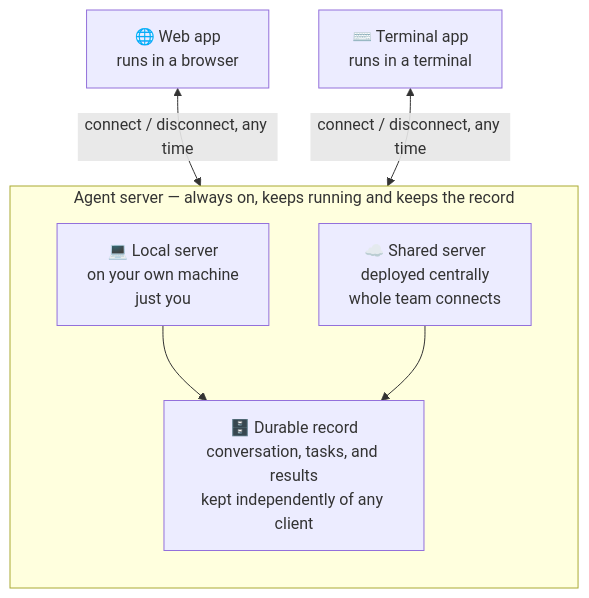
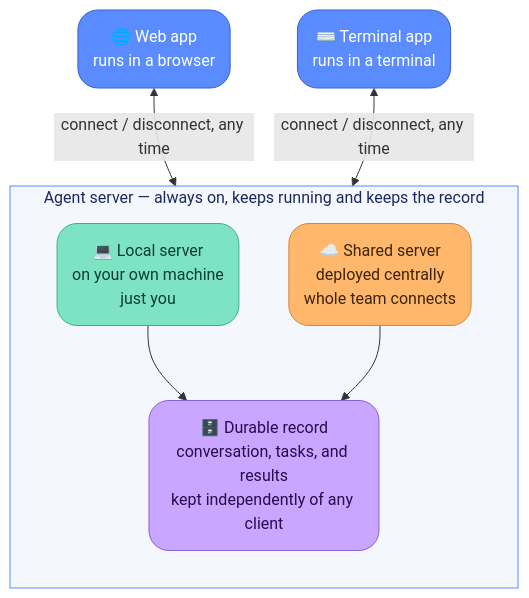
One commit to IAM-SuperBoy/tossakan-ai-releases changed the diagram in README.md. Above: the diagram before and after it, drawn with Mermaid.

Commit message:
Sync README from release-docs/

````diff
--- a/README.md
+++ b/README.md
@@ -179,17 +179,29 @@
 ```mermaid
 flowchart TB
-    WEB["🌐 Web app<br/>runs in a browser"]
-    TERM["⌨️ Terminal app<br/>runs in a terminal"]
+    WEB("🌐 Web app<br/>runs in a browser")
+    TERM("⌨️ Terminal app<br/>runs in a terminal")
 
     WEB <-->|"connect / disconnect, any time"| SVC
     TERM <-->|"connect / disconnect, any time"| SVC
 
     subgraph SVC["Agent server — always on, keeps running and keeps the record"]
         direction TB
-        LOCAL["💻 Local server<br/>on your own machine<br/>just you"]
-        SHARED["☁️ Shared server<br/>deployed centrally<br/>whole team connects"]
-        REC["🗄️ Durable record<br/>conversation, tasks, and results<br/>kept independently of any client"]
+        LOCAL("💻 Local server<br/>on your own machine<br/>just you")
+        SHARED("☁️ Shared server<br/>deployed centrally<br/>whole team connects")
+        REC("🗄️ Durable record<br/>conversation, tasks, and results<br/>kept independently of any client")
         LOCAL --> REC
         SHARED --> REC
     end
+
+    classDef client fill:#5b8cff,stroke:#3a5fd1,color:#ffffff,rx:20,ry:20
+    classDef local fill:#7ee3c3,stroke:#3fae8e,color:#0a3d31,rx:20,ry:20
+    classDef shared fill:#ffb86b,stroke:#d1873a,color:#3d2405,rx:20,ry:20
+    classDef record fill:#c9a6ff,stroke:#8a5fd1,color:#2b0a4d,rx:20,ry:20
+    classDef zone fill:#f5f7ff,stroke:#5b8cff,color:#1a2a5e
+
+    class WEB,TERM client
+    class LOCAL local
+    class SHARED shared
+    class REC record
+    class SVC zone
 ```
````
